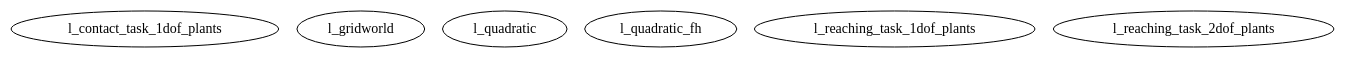
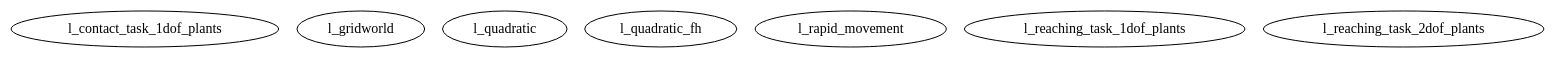
Before and after one commit to FrankieWOO/oct: the diagram in doc/m2html/cost/graph.dot, drawn with Graphviz. The commit also changed 167 other files, not shown here.

```diff
--- a/doc/m2html/cost/graph.dot
+++ b/doc/m2html/cost/graph.dot
@@ -1,10 +1,11 @@
 /* Created by mdot for Matlab */
 digraph m2html {
 
   l_contact_task_1dof_plants [URL="l_contact_task_1dof_plants.html"];
   l_gridworld [URL="l_gridworld.html"];
   l_quadratic [URL="l_quadratic.html"];
   l_quadratic_fh [URL="l_quadratic_fh.html"];
+  l_rapid_movement [URL="l_rapid_movement.html"];
   l_reaching_task_1dof_plants [URL="l_reaching_task_1dof_plants.html"];
   l_reaching_task_2dof_plants [URL="l_reaching_task_2dof_plants.html"];
 }
```
